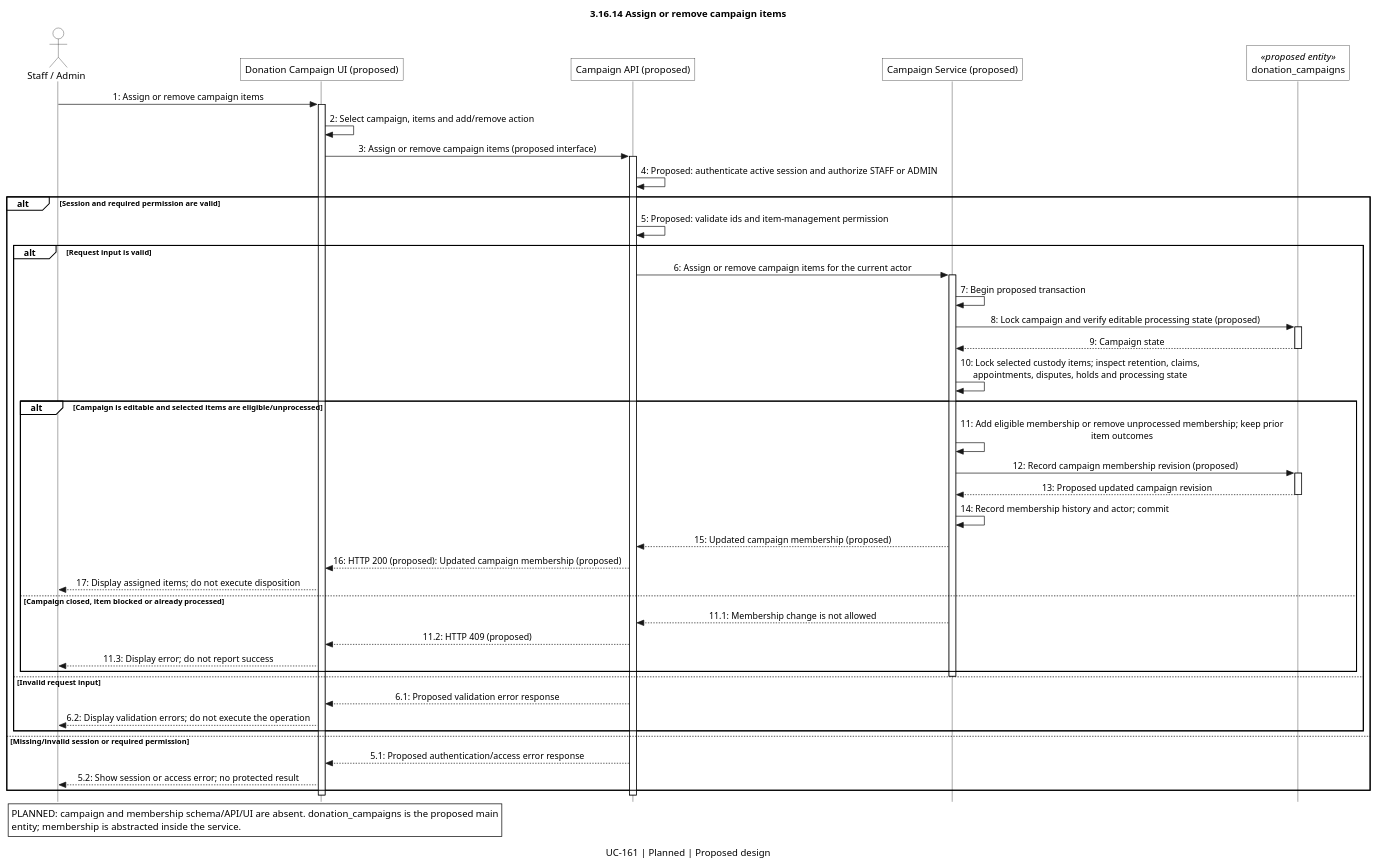
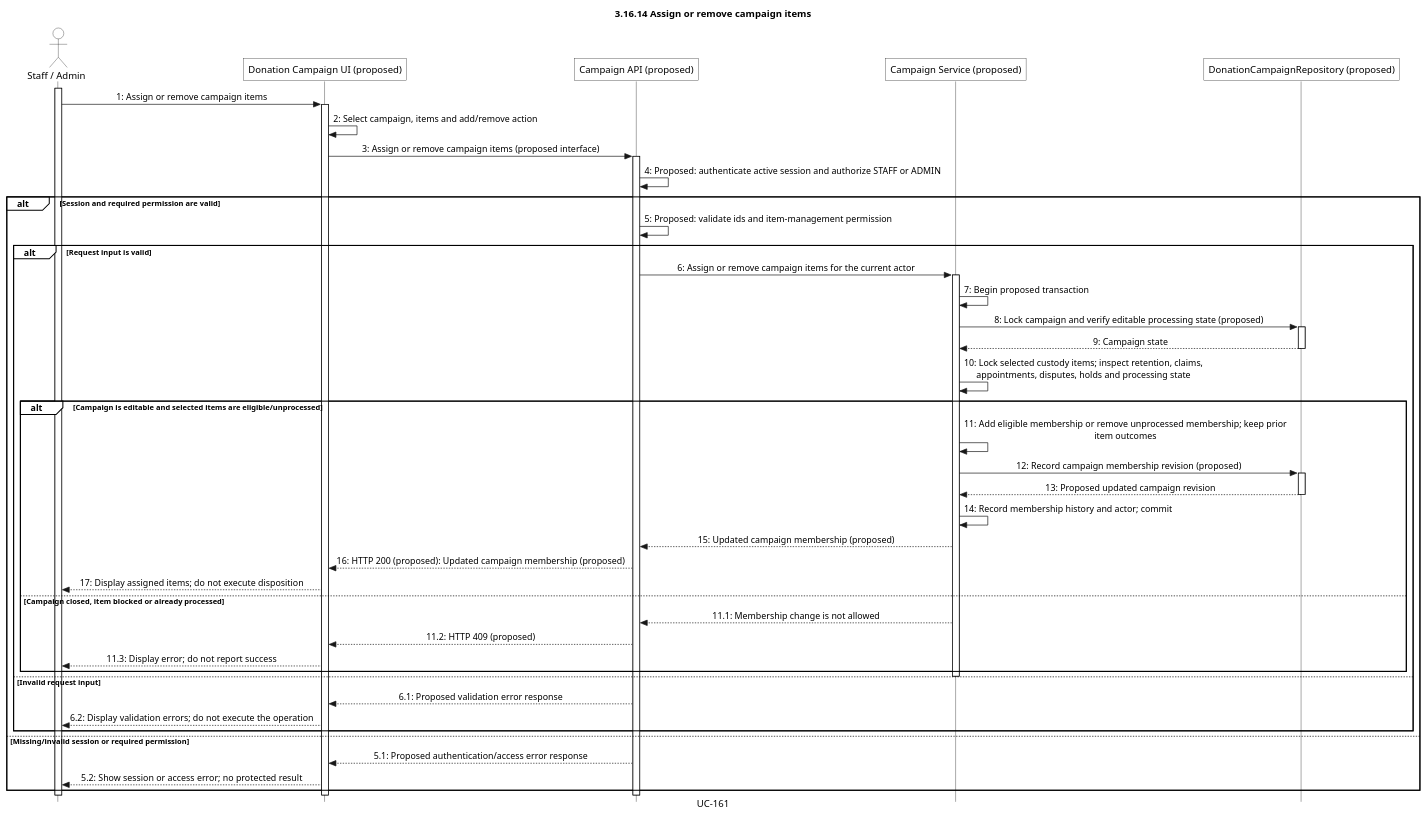
One commit to LNFSYS/lost-and-found-management-system-main changed the diagram in docs/sequences/Q/3.16/3.16.14_UC-161_assign-or-remove-campaign-items.puml. Above: the diagram before and after it, drawn with PlantUML. The commit also changed 336 other files, not shown here.

Commit message:
docs: refine sequence lifelines and diagram presentation

```diff
--- a/docs/sequences/Q/3.16/3.16.14_UC-161_assign-or-remove-campaign-items.puml
+++ b/docs/sequences/Q/3.16/3.16.14_UC-161_assign-or-remove-campaign-items.puml
@@ -1,84 +1,87 @@
 @startuml
 title 3.16.14 Assign or remove campaign items
-caption UC-161 | Planned | Proposed design
+caption UC-161
+' Catalogue: UC-161 | Planned | Proposed design
 skinparam monochrome true
 skinparam shadowing false
 skinparam roundcorner 0
 skinparam defaultFontName Arial
 skinparam LegendBackgroundColor white
 skinparam style strictuml
 skinparam sequenceMessageAlign center
 show footbox
 <style>
 lifeLine {
     LineStyle 0
 }
 </style>
 skinparam sequence {
     ParticipantBackgroundColor white
     ActorBackgroundColor white
     LifeLineBackgroundColor white
     LifeLineBorderColor black
     GroupBackgroundColor white
     GroupHeaderBackgroundColor white
 }
 
 ' Source: docs/requirements/uc.md
+' Main entity: donation_campaigns (proposed)
 ' Main entity migration: No migration: proposed entity only
-' One-table abstraction: related repository reads/writes stay inside the service.
+' Single persistence lifeline: related reads/writes remain summarized in the service.
 actor "Staff / Admin" as Actor
 participant "Donation Campaign UI (proposed)" as Page
 participant "Campaign API (proposed)" as API
 participant "Campaign Service (proposed)" as Service
-participant "donation_campaigns" as Table <<proposed entity>>
+participant "DonationCampaignRepository (proposed)" as Table
 
+activate Actor
 Actor -> Page: 1: Assign or remove campaign items
 activate Page
 Page -> Page: 2: Select campaign, items and add/remove action
 Page -> API: 3: Assign or remove campaign items (proposed interface)
 activate API
 API -> API: 4: Proposed: authenticate active session and authorize STAFF or ADMIN
 alt Session and required permission are valid
     API -> API: 5: Proposed: validate ids and item-management permission
     alt Request input is valid
         API -> Service: 6: Assign or remove campaign items for the current actor
         activate Service
         Service -> Service: 7: Begin proposed transaction
         Service -> Table: 8: Lock campaign and verify editable processing state (proposed)
         activate Table
         Table --> Service: 9: Campaign state
         deactivate Table
         Service -> Service: 10: Lock selected custody items; inspect retention, claims,\nappointments, disputes, holds and processing state
         alt Campaign is editable and selected items are eligible/unprocessed
             Service -> Service: 11: Add eligible membership or remove unprocessed membership; keep prior\nitem outcomes
             Service -> Table: 12: Record campaign membership revision (proposed)
             activate Table
             Table --> Service: 13: Proposed updated campaign revision
             deactivate Table
             Service -> Service: 14: Record membership history and actor; commit
             Service --> API: 15: Updated campaign membership (proposed)
             API --> Page: 16: HTTP 200 (proposed): Updated campaign membership (proposed)
             Page --> Actor: 17: Display assigned items; do not execute disposition
         else Campaign closed, item blocked or already processed
             Service --> API: 11.1: Membership change is not allowed
             API --> Page: 11.2: HTTP 409 (proposed)
             Page --> Actor: 11.3: Display error; do not report success
         end
         deactivate Service
     else Invalid request input
         API --> Page: 6.1: Proposed validation error response
         Page --> Actor: 6.2: Display validation errors; do not execute the operation
     end
 else Missing/invalid session or required permission
     API --> Page: 5.1: Proposed authentication/access error response
     Page --> Actor: 5.2: Show session or access error; no protected result
 end
 deactivate API
 deactivate Page
+deactivate Actor
 
-legend bottom left
-PLANNED: campaign and membership schema/API/UI are absent. donation_campaigns is the proposed main
-entity; membership is abstracted inside the service.
-endlegend
+' Scope note (not rendered):
+' PLANNED: campaign and membership schema/API/UI are absent. donation_campaigns is the proposed main
+' entity; membership is abstracted inside the service.
 
 @enduml
```
